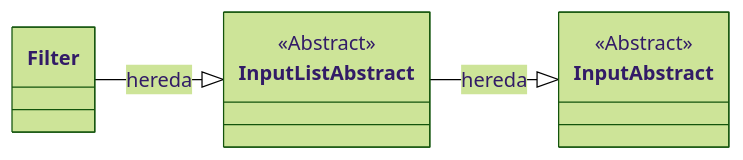
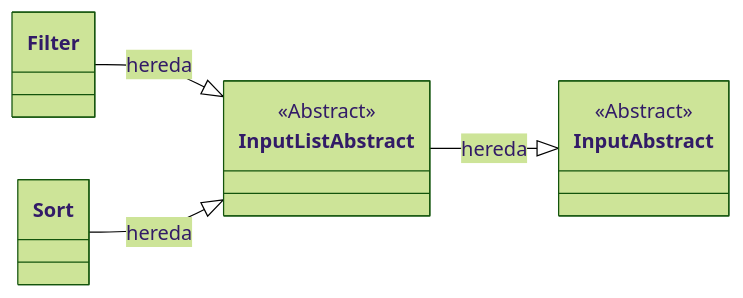
The sixth of 6 diagrams in README.md (rodrigodomingorena/para-el-readme), drawn with Mermaid (forest theme) before and after one commit. The commit also changed other lines of this file, not shown here.

````diff
--- a/README.md
+++ b/README.md
@@ -352,9 +354,10 @@
          ```mermaid
             classDiagram
                direction LR
                Filter --|> InputListAbstract : hereda
+               Sort --|> InputListAbstract : hereda
                InputListAbstract --|> InputAbstract : hereda
 
                <<Abstract>> InputListAbstract
                <<Abstract>> InputAbstract
          ```
````
